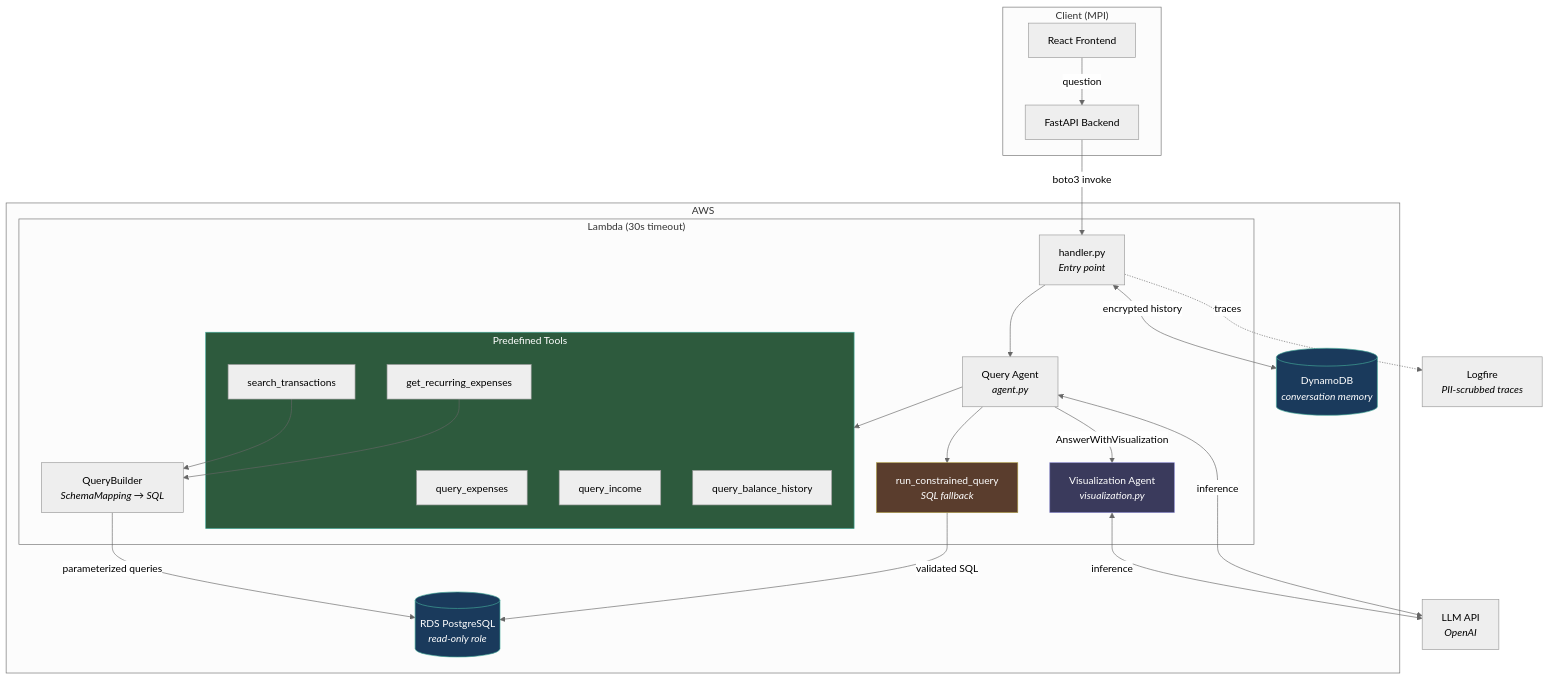
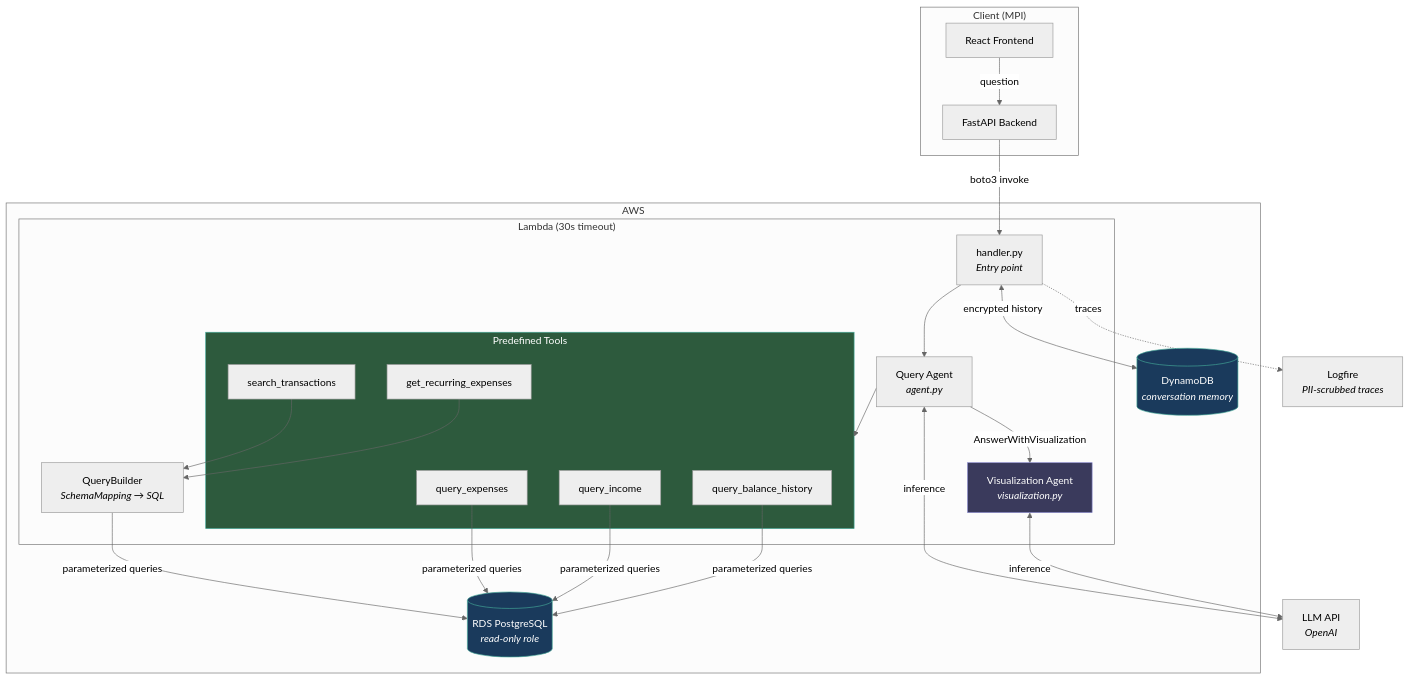
Before and after one commit to maxibove13/finance-query-agent: the third of 8 diagrams in README.md, drawn with Mermaid (neutral theme). The commit also changed other lines of this file and 15 other files, not shown here.

First line of the commit message:
fix: remove fallback SQL tool, add view mappings to localstack schema, update docs

````diff
--- a/README.md
+++ b/README.md
@@ -81,55 +78,54 @@
 ```mermaid
 graph TB
     subgraph Client["Client (MPI)"]
         FE[React Frontend]
         BE[FastAPI Backend]
     end
 
     FE -->|question| BE
     BE -->|boto3 invoke| HANDLER
 
     subgraph AWS["AWS"]
         subgraph Lambda["Lambda (30s timeout)"]
             HANDLER[handler.py<br/><i>Entry point</i>]
             HANDLER --> AGENT
             AGENT[Query Agent<br/><i>agent.py</i>]
             AGENT --> TOOLS
-            AGENT --> FALLBACK
 
             subgraph TOOLS["Predefined Tools"]
                 T1[query_expenses]
                 T2[query_income]
                 T3[query_balance_history]
                 T4[search_transactions]
                 T5[get_recurring_expenses]
             end
 
-            FALLBACK[run_constrained_query<br/><i>SQL fallback</i>]
             QB[QueryBuilder<br/><i>SchemaMapping → SQL</i>]
             T4 --> QB
             T5 --> QB
 
             AGENT -->|AnswerWithVisualization| VIZ
             VIZ[Visualization Agent<br/><i>visualization.py</i>]
         end
 
         RDS[(RDS PostgreSQL<br/><i>read-only role</i>)]
         DDB[(DynamoDB<br/><i>conversation memory</i>)]
     end
 
     LLM_API[LLM API<br/><i>OpenAI</i>]
     LOGFIRE[Logfire<br/><i>PII-scrubbed traces</i>]
 
     QB -->|parameterized queries| RDS
-    FALLBACK -->|validated SQL| RDS
+    T1 -->|parameterized queries| RDS
+    T2 -->|parameterized queries| RDS
+    T3 -->|parameterized queries| RDS
     HANDLER <-->|encrypted history| DDB
     AGENT <-->|inference| LLM_API
     VIZ <-->|inference| LLM_API
     HANDLER -.->|traces| LOGFIRE
 
     style TOOLS fill:#2d5a3d,stroke:#4a9,color:#fff
-    style FALLBACK fill:#5a3d2d,stroke:#a94,color:#fff
     style VIZ fill:#3a3a5c,stroke:#88c,color:#fff
     style RDS fill:#1a3a5c,stroke:#4a9,color:#fff
     style DDB fill:#1a3a5c,stroke:#4a9,color:#fff
 ```
````
